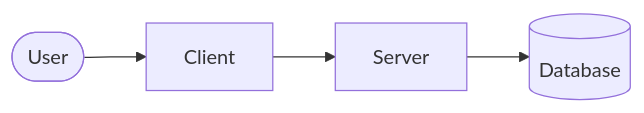
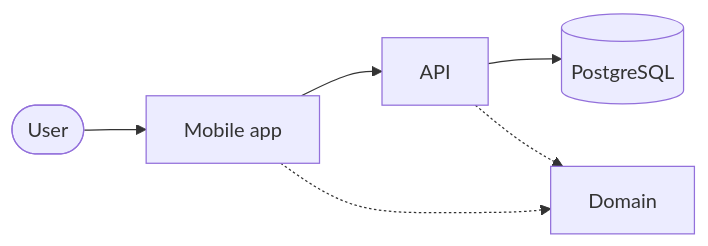
One commit to tomchen86/shared-expense-tracker changed the diagram in docs/architecture.md. Above: the diagram before and after it, drawn with Mermaid. The commit also changed other lines of this file and 2 other files, not shown here.

````diff
--- a/docs/architecture.md
+++ b/docs/architecture.md
@@ -5,6 +5,8 @@
 ```mermaid
 flowchart LR
-  user([User]) --> client[Client]
-  client --> server[Server]
-  server --> db[(Database)]
+  user([User]) --> mobile[Mobile app]
+  mobile --> api[API]
+  api --> db[(PostgreSQL)]
+  mobile -.-> domain[Domain]
+  api -.-> domain
 ```
````
